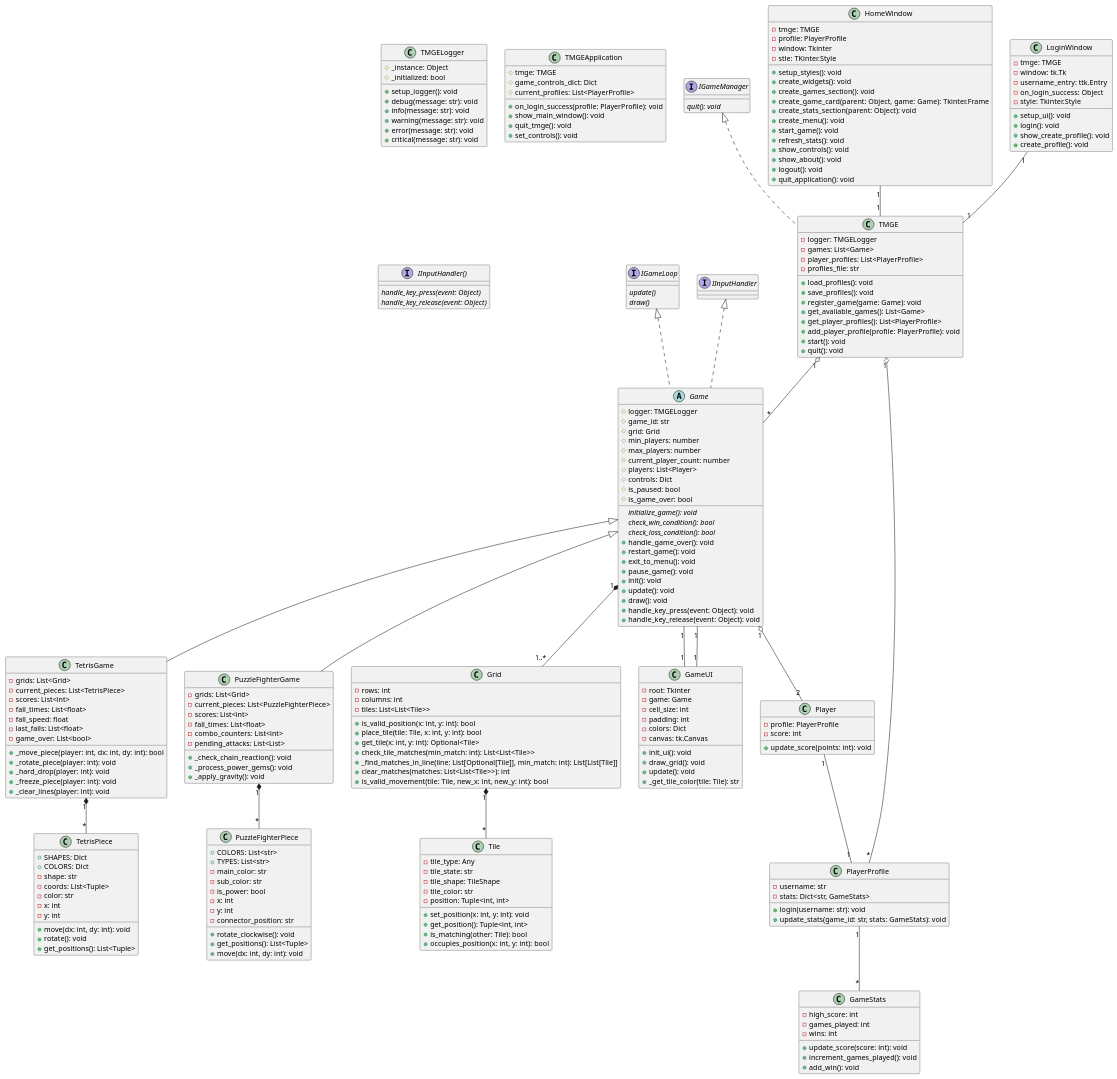
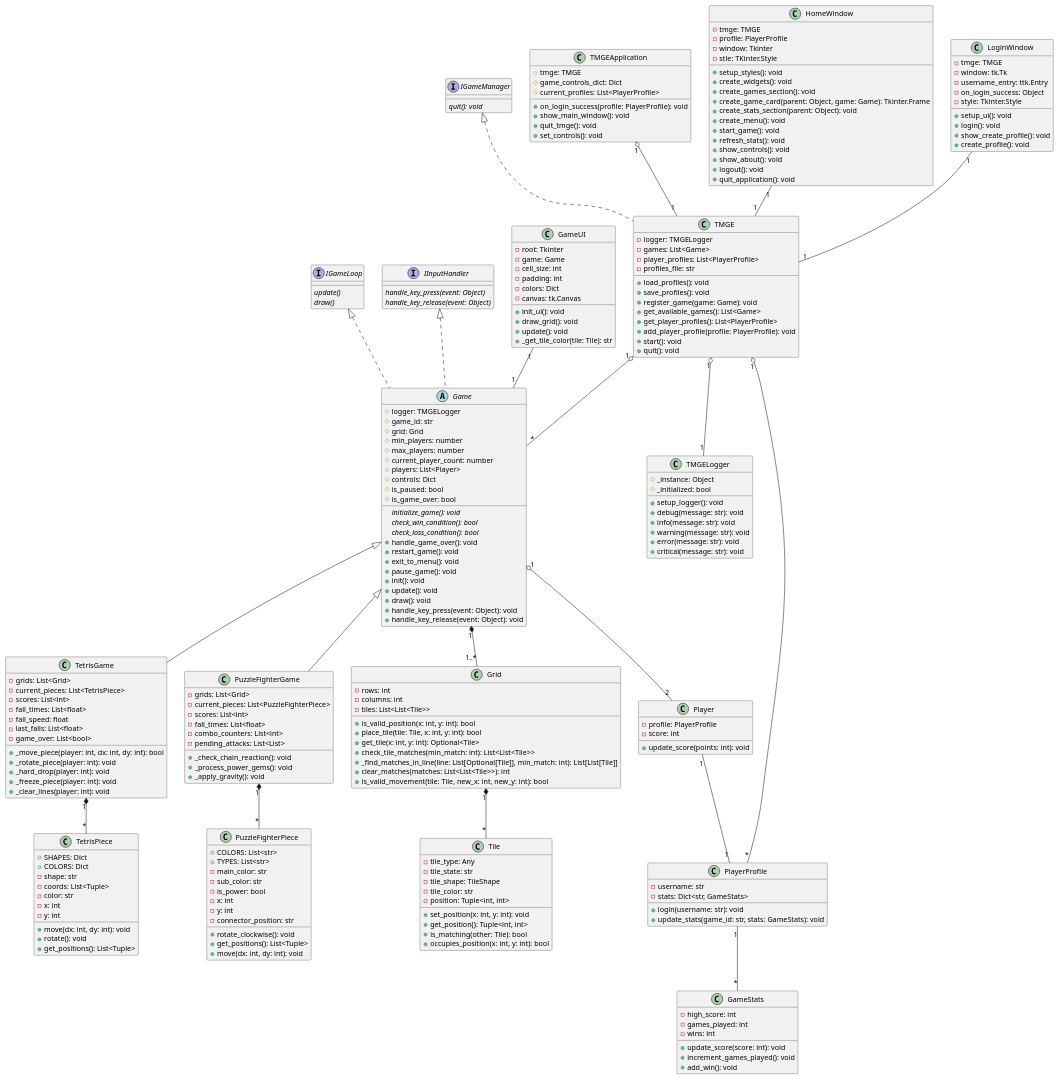
The diagram in uml-final.puml (mcdipples/2d-Tile-GameDev-Ennvironment), drawn with PlantUML before and after one commit. The commit also changed 1 other file, not shown here.

Commit message:
Updated UML

```diff
--- a/uml-final.puml
+++ b/uml-final.puml
@@ -220,7 +220,7 @@
     {abstract} draw()
 }
 
-interface IInputHandler() {
+interface IInputHandler {
     {abstract} handle_key_press(event: Object)
     {abstract} handle_key_release(event: Object)
 }
@@ -228,11 +228,12 @@
 
 
 ' --- Relationships ---
+TMGEApplication "1" o-- "1" TMGE
 TMGE "1" o-- "*" Game
 TMGE "1" o-- "*" PlayerProfile
+TMGE "1" o-- "1" TMGELogger
 Game "1" *-- "1..*" Grid
 Game "1" o-- "2" Player
-Game "1" -- "1" GameUI
 TetrisGame "1" *-- "*" TetrisPiece
 PuzzleFighterGame "1" *-- "*" PuzzleFighterPiece
 Grid "1" *-- "*" Tile
```
